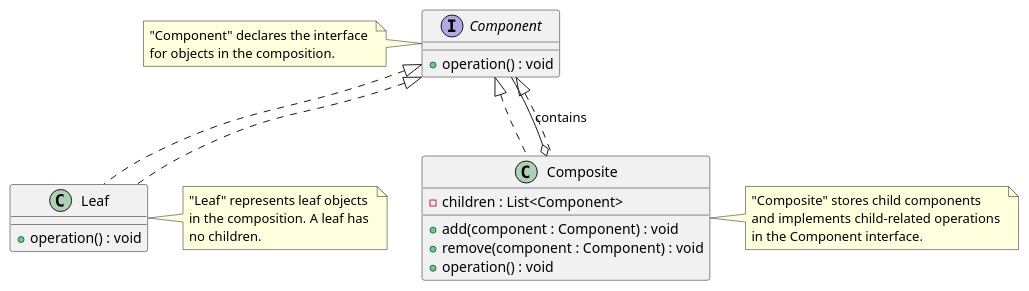
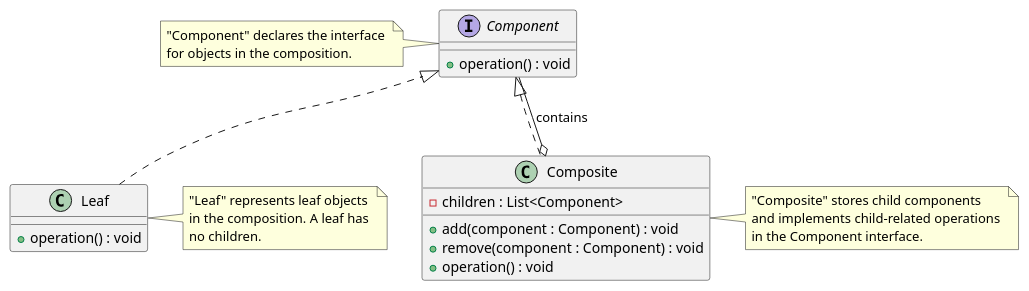
One commit to Gabriel-SoftwareAG/DesignPatterns changed the diagram in Patterns/Manuscript/manuscript/plantUml/composite_class_diagram.plantuml. Above: the diagram before and after it, drawn with PlantUML. The commit also changed 24 other files, not shown here.

Commit message:
fix class diagrams

```diff
--- a/Patterns/Manuscript/manuscript/plantUml/composite_class_diagram.plantuml
+++ b/Patterns/Manuscript/manuscript/plantUml/composite_class_diagram.plantuml
@@ -1,43 +1,41 @@
 @startuml CompositePatternClassDiagram
 
 ' Define interface for base components
 interface Component {
   +operation() : void
 }
 
 ' Define Leaf
 class Leaf implements Component {
   +operation() : void
 }
 
 ' Define Composite
 class Composite implements Component {
   -children : List<Component>
   +add(component : Component) : void
   +remove(component : Component) : void
   +operation() : void
 }
 
 ' Relations
-Component <|.. Leaf
-Component <|.. Composite
 Composite o-- Component : contains
 
 note left of Component
   "Component" declares the interface 
   for objects in the composition.
 end note
 
 note right of Leaf
   "Leaf" represents leaf objects 
   in the composition. A leaf has 
   no children.
 end note
 
 note right of Composite
   "Composite" stores child components 
   and implements child-related operations 
   in the Component interface.
 end note
 
 @enduml
```
